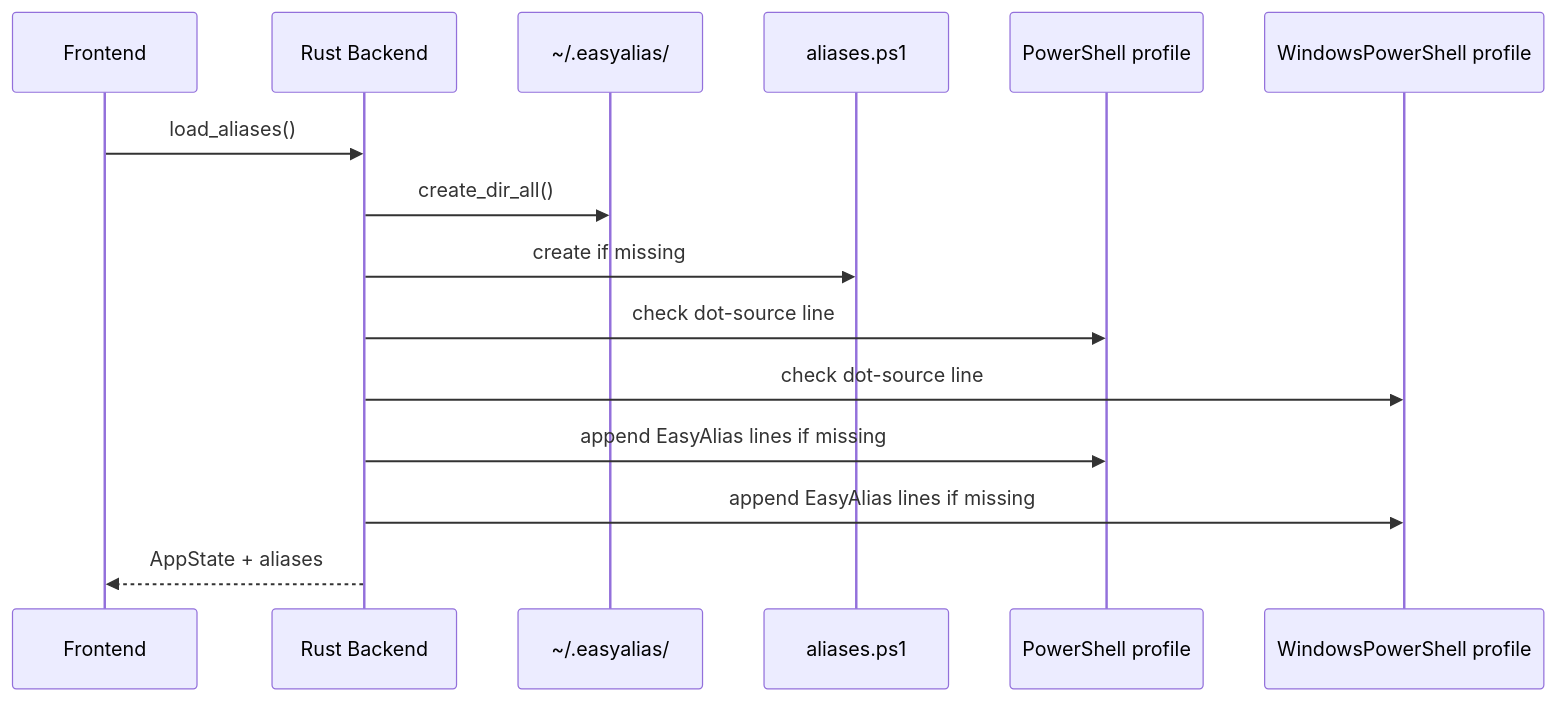
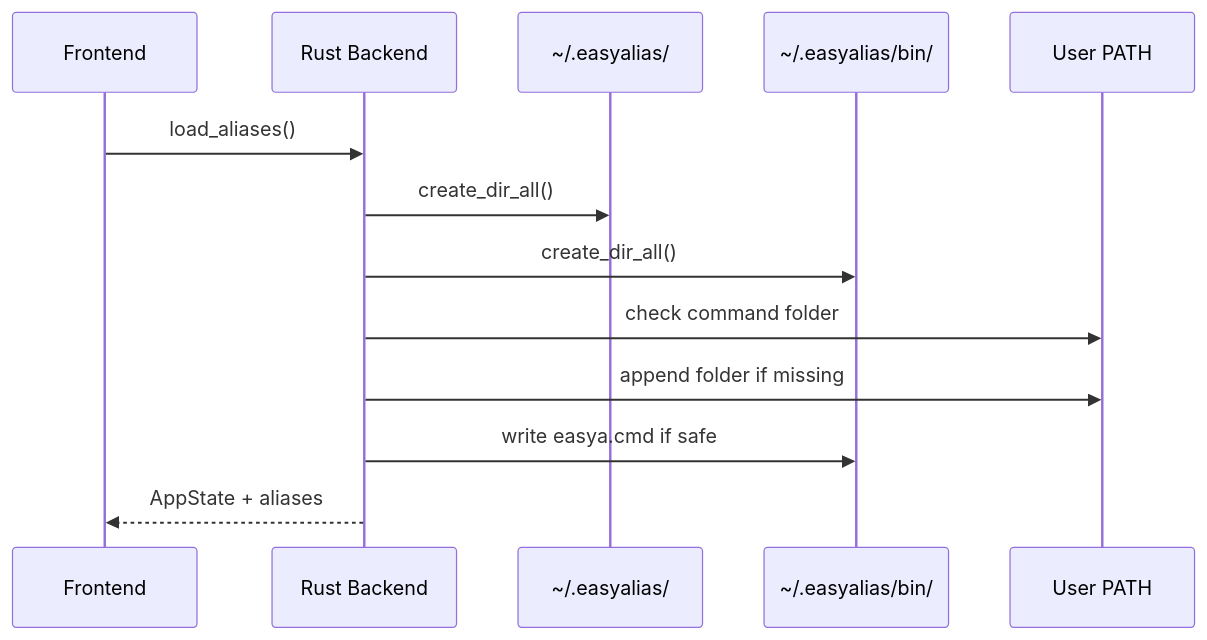
Before and after one commit to hannesgnann-hub/easyalias: the fourth of 7 diagrams in windows_src/docs/ARCHITECTURE.md, drawn with Mermaid. The commit also changed other lines of this file and 5 other files, not shown here.

````diff
--- a/windows_src/docs/ARCHITECTURE.md
+++ b/windows_src/docs/ARCHITECTURE.md
@@ -105,18 +106,16 @@
 ```mermaid
 sequenceDiagram
   participant UI as Frontend
   participant Rust as Rust Backend
   participant Dir as ~/.easyalias/
-  participant AliasFile as aliases.ps1
-  participant PS7 as PowerShell profile
-  participant WinPS as WindowsPowerShell profile
+  participant Bin as ~/.easyalias/bin/
+  participant Path as User PATH
 
   UI->>Rust: load_aliases()
   Rust->>Dir: create_dir_all()
-  Rust->>AliasFile: create if missing
-  Rust->>PS7: check dot-source line
-  Rust->>WinPS: check dot-source line
-  Rust->>PS7: append EasyAlias lines if missing
-  Rust->>WinPS: append EasyAlias lines if missing
+  Rust->>Bin: create_dir_all()
+  Rust->>Path: check command folder
+  Rust->>Path: append folder if missing
+  Rust->>Bin: write easya.cmd if safe
   Rust-->>UI: AppState + aliases
 ```
````
